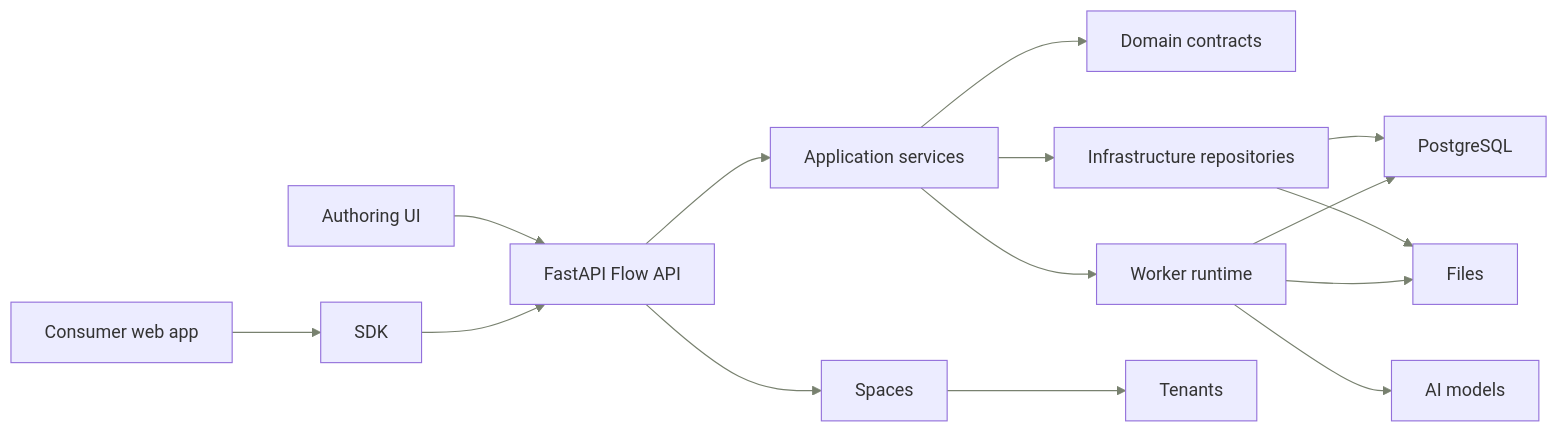
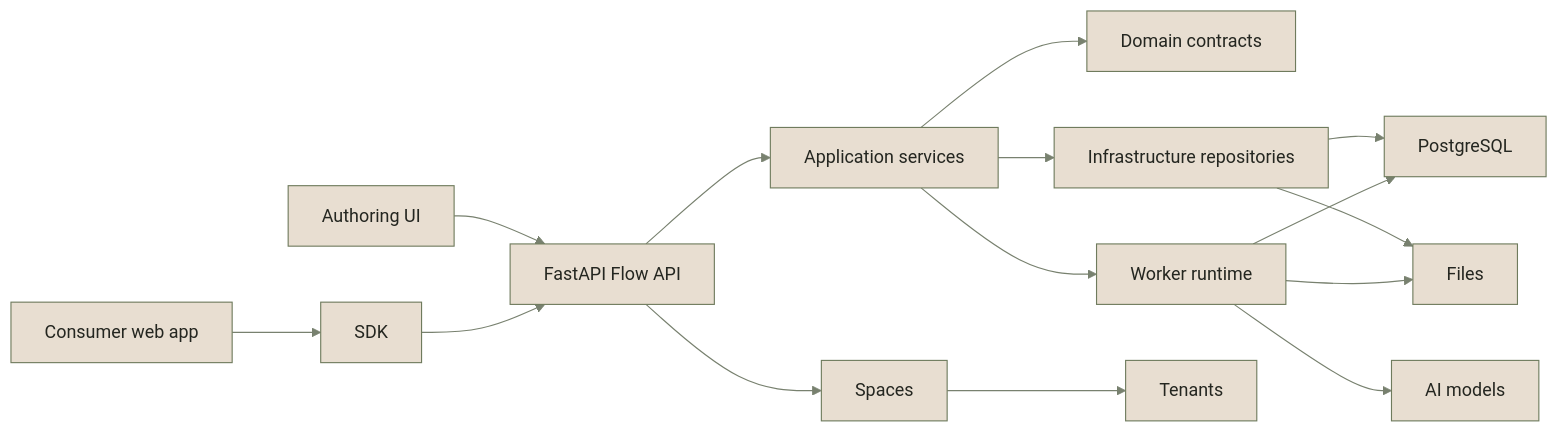
Before and after one commit to eneo-ai/eneo: the diagram in frontend/apps/docs-site/src/content/docs/flows-for-developers/index.mdx, drawn with Mermaid. The commit also changed 9 other files, not shown here.

First line of the commit message:
Draw one state machine per diagram and keep the palette light

````diff
--- a/frontend/apps/docs-site/src/content/docs/flows-for-developers/index.mdx
+++ b/frontend/apps/docs-site/src/content/docs/flows-for-developers/index.mdx
@@ -7,18 +7,18 @@
 ```mermaid
-%%{init: {"themeVariables": {"background": "#f8f6f0", "primaryColor": "#e8ded1", "primaryTextColor": "#242620", "primaryBorderColor": "#6f7b5d", "secondaryColor": "#d7e0d2", "tertiaryColor": "#f1ece4", "lineColor": "#78816f", "edgeLabelBackground": "#f8f6f0", "clusterBkg": "#f4efe7", "clusterBorder": "#9a8a73", "fontFamily": "Inter, ui-sans-serif, system-ui, sans-serif"}}}%%
+%%{init: {"theme": "base", "themeVariables": {"background": "#f8f6f0", "primaryColor": "#e8ded1", "primaryTextColor": "#242620", "primaryBorderColor": "#6f7b5d", "secondaryColor": "#d7e0d2", "tertiaryColor": "#f1ece4", "lineColor": "#78816f", "edgeLabelBackground": "#f8f6f0", "clusterBkg": "#f4efe7", "clusterBorder": "#9a8a73", "fontFamily": "Inter, ui-sans-serif, system-ui, sans-serif"}}}%%
 flowchart LR
   flow_author["Authoring UI"] --> flow_api["FastAPI Flow API"]
   flow_consumer["Consumer web app"] --> flow_sdk["SDK"]
   flow_sdk --> flow_api
   flow_api --> flow_app["Application services"]
   flow_app --> flow_domain["Domain contracts"]
   flow_app --> flow_infra["Infrastructure repositories"]
   flow_infra --> flow_db["PostgreSQL"]
   flow_infra --> flow_files["Files"]
   flow_app --> flow_runtime["Worker runtime"]
   flow_runtime --> flow_db
   flow_runtime --> flow_files
   flow_runtime --> flow_models["AI models"]
   flow_api --> flow_spaces["Spaces"]
   flow_spaces --> flow_tenants["Tenants"]
 ```
````
